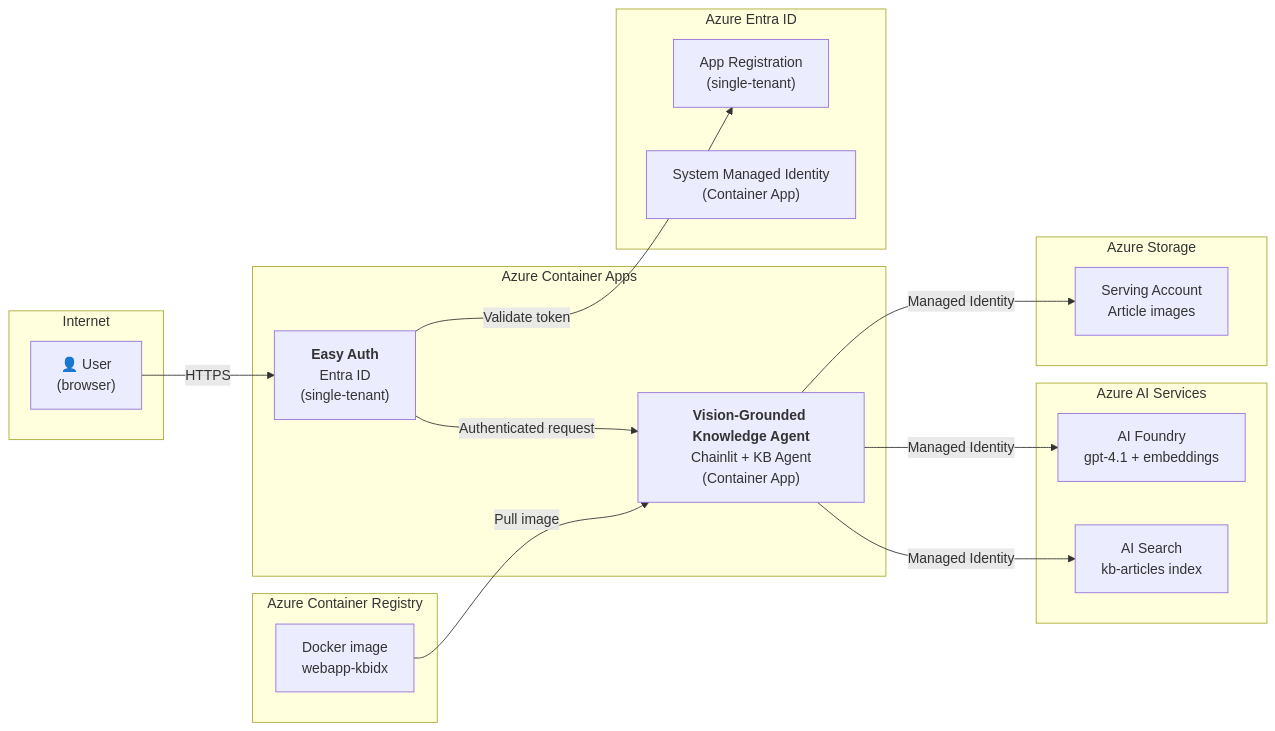
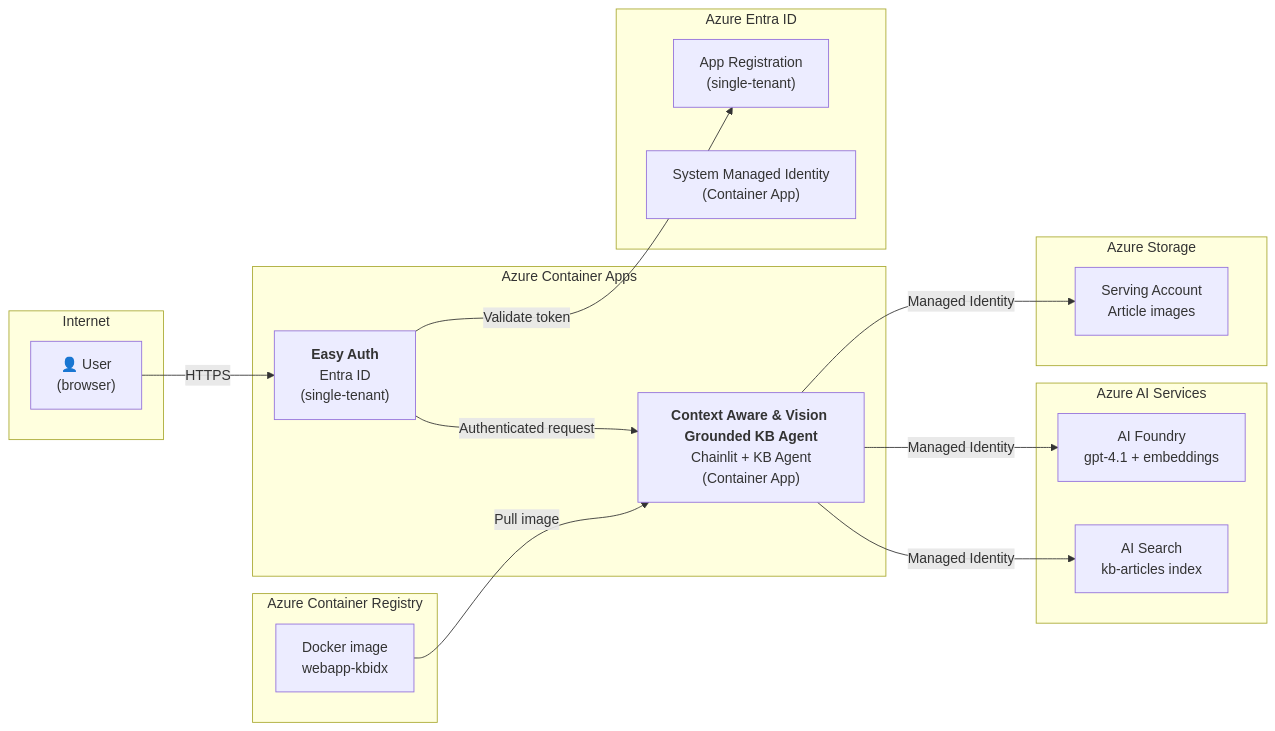
One commit to aldelar/azure-knowledge-base-ingestion changed the diagram in docs/epics/003-web-app-azure-deployment.md. Above: the diagram before and after it, drawn with Mermaid. The commit also changed other lines of this file and 17 other files, not shown here.

````diff
--- a/docs/epics/003-web-app-azure-deployment.md
+++ b/docs/epics/003-web-app-azure-deployment.md
@@ -25,37 +25,37 @@
 ```mermaid
 flowchart LR
     subgraph Internet
         USER["👤 User<br/>(browser)"]
     end
 
     subgraph ACA["Azure Container Apps"]
         AUTH["<b>Easy Auth</b><br/>Entra ID<br/>(single-tenant)"]
-        APP["<b>Vision-Grounded Knowledge Agent</b><br/>Chainlit + KB Agent<br/>(Container App)"]
+        APP["<b>Context Aware & Vision Grounded KB Agent</b><br/>Chainlit + KB Agent<br/>(Container App)"]
     end
 
     subgraph Registry["Azure Container Registry"]
         IMG["Docker image<br/>webapp-kbidx"]
     end
 
     subgraph AI["Azure AI Services"]
         AF["AI Foundry<br/>gpt-4.1 + embeddings"]
         AIS["AI Search<br/>kb-articles index"]
     end
 
     subgraph Storage["Azure Storage"]
         BLOB["Serving Account<br/>Article images"]
     end
 
     subgraph Identity["Azure Entra ID"]
         APPREG["App Registration<br/>(single-tenant)"]
         MI["System Managed Identity<br/>(Container App)"]
     end
 
     USER -->|HTTPS| AUTH
     AUTH -->|Validate token| APPREG
     AUTH -->|Authenticated request| APP
     IMG -->|Pull image| APP
     APP -->|Managed Identity| AF
     APP -->|Managed Identity| AIS
     APP -->|Managed Identity| BLOB
 ```
````
